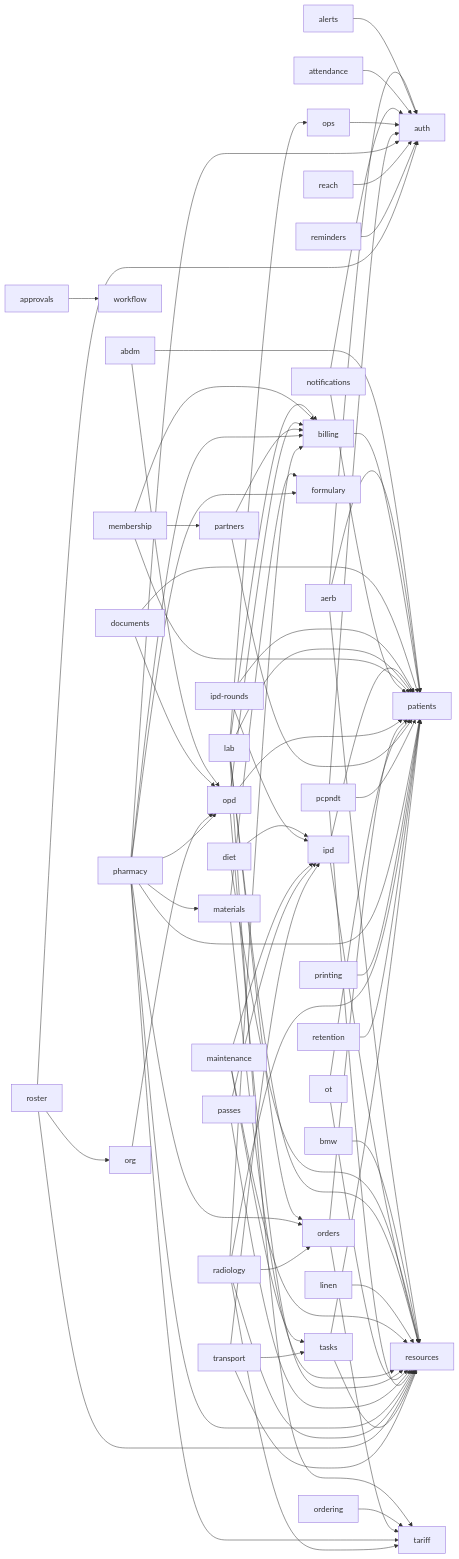
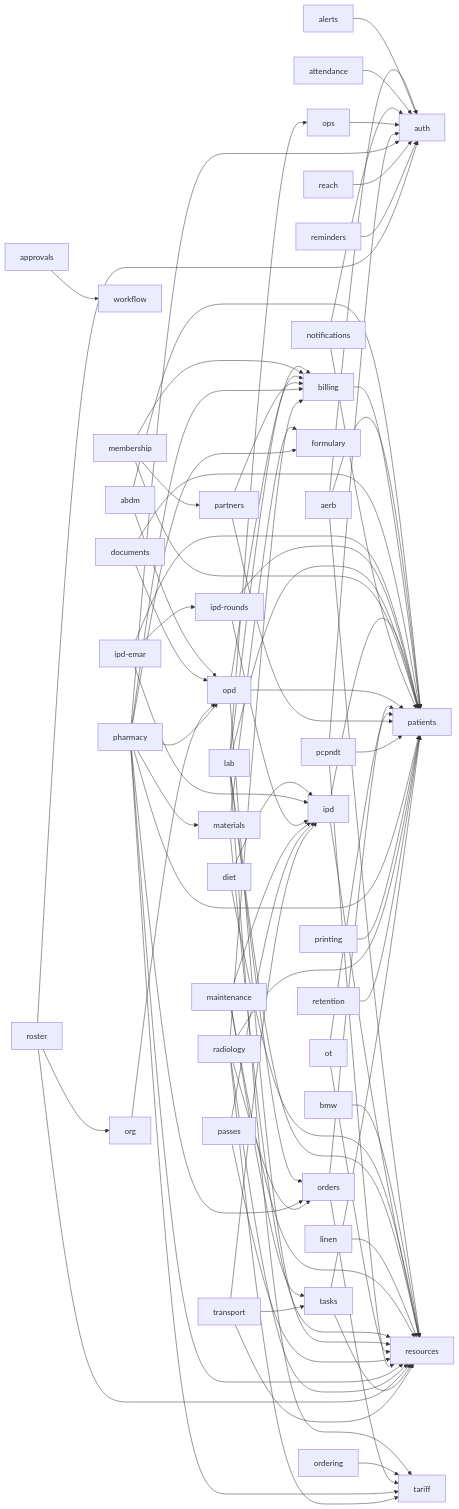
The diagram in docs/architecture/schema.md (ankits3a/hims-hmis), drawn with Mermaid before and after one commit. The commit also changed other lines of this file and 6 other files, not shown here.

First line of the commit message:
docs(ipd-emar): regenerate the architecture map after E4.3

```diff
--- a/docs/architecture/schema.md
+++ b/docs/architecture/schema.md
@@ -26,6 +26,9 @@
   diet[diet] --> resources[resources]
   documents[documents] --> opd[opd]
   documents[documents] --> patients[patients]
+  ipd_emar[ipd-emar] --> ipd_rounds[ipd-rounds]
+  ipd_emar[ipd-emar] --> ipd[ipd]
+  ipd_emar[ipd-emar] --> patients[patients]
   ipd_rounds[ipd-rounds] --> ipd[ipd]
   ipd_rounds[ipd-rounds] --> patients[patients]
   ipd[ipd] --> patients[patients]
```
